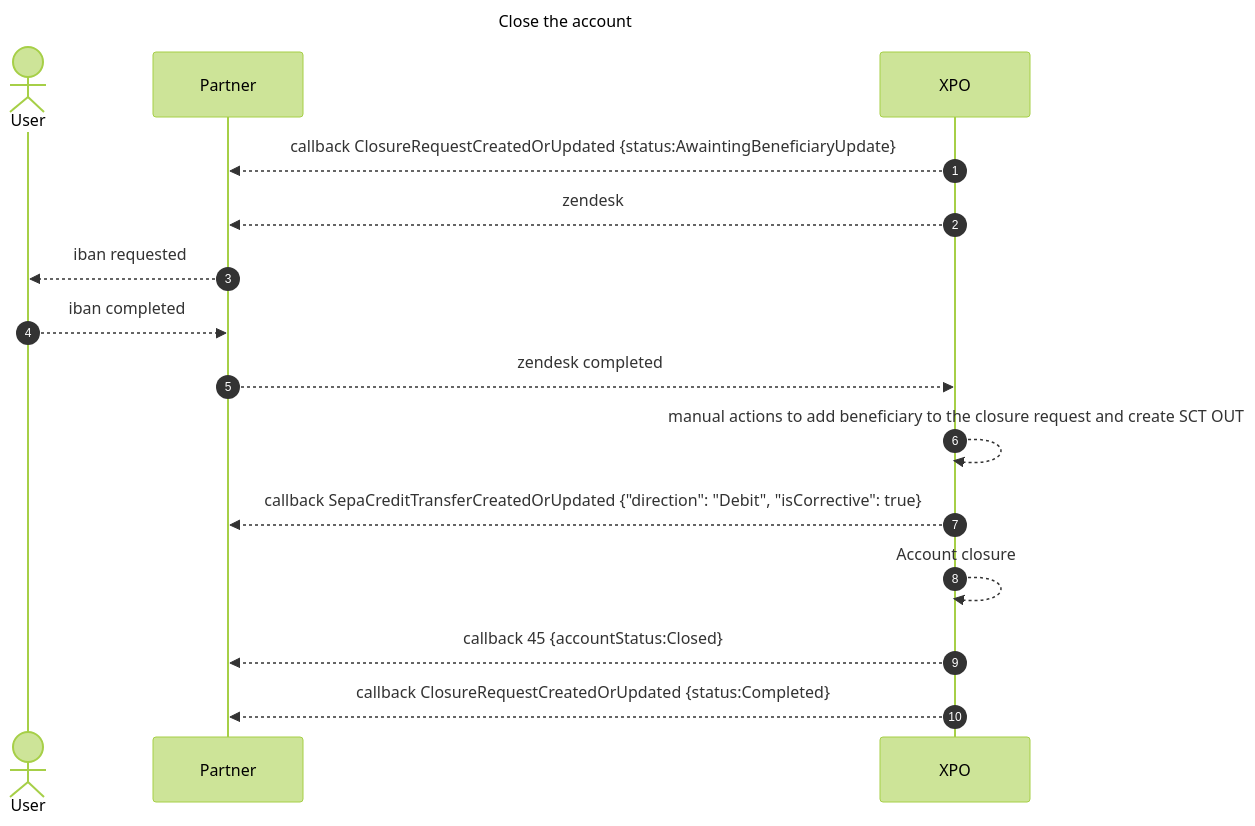
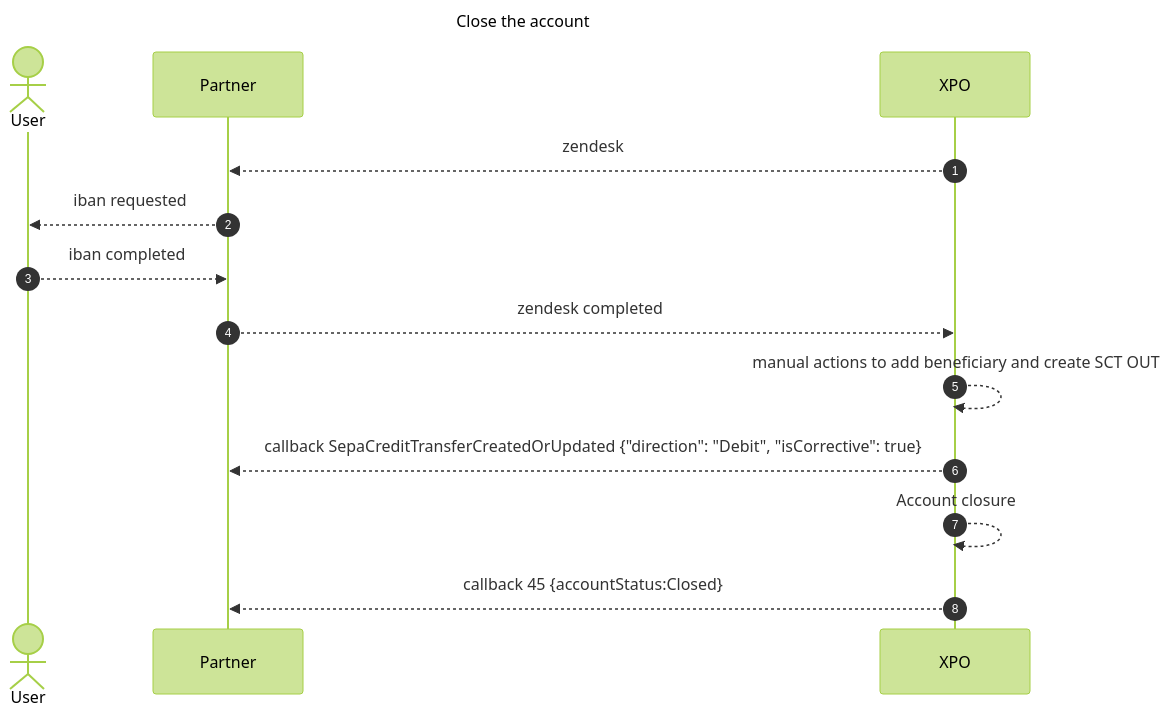
One commit to pomme-clic/s-money-documentation changed the fifth of 6 diagrams in docs/usecases/accounts/AccountClosure_deprecated.md. Above: the diagram before and after it, drawn with Mermaid (forest theme). The commit also changed other lines of this file, not shown here.

````diff
--- a/docs/usecases/accounts/AccountClosure_deprecated.md
+++ b/docs/usecases/accounts/AccountClosure_deprecated.md
@@ -149,24 +187,23 @@
 ```mermaid
 sequenceDiagram
 Title: Close the account
 autoNumber
 Actor User
 Participant Partner
 Participant XPO
 
-XPO -->> Partner: callback ClosureRequestCreatedOrUpdated {status:AwaintingBeneficiaryUpdate}
 
 XPO -->> Partner: zendesk
 Partner  -->> User: iban requested
 User -->> Partner : iban completed
 Partner -->> XPO: zendesk completed
 
-XPO -->> XPO: manual actions to add beneficiary to the closure request and create SCT OUT
+XPO -->> XPO: manual actions to add beneficiary and create SCT OUT
 
 XPO -->> Partner: callback SepaCreditTransferCreatedOrUpdated {"direction": "Debit", "isCorrective": true}
 
 XPO -->> XPO: Account closure
 XPO -->> Partner: callback 45 {accountStatus:Closed}
-XPO -->> Partner: callback ClosureRequestCreatedOrUpdated {status:Completed}
+
 
 ```
````
